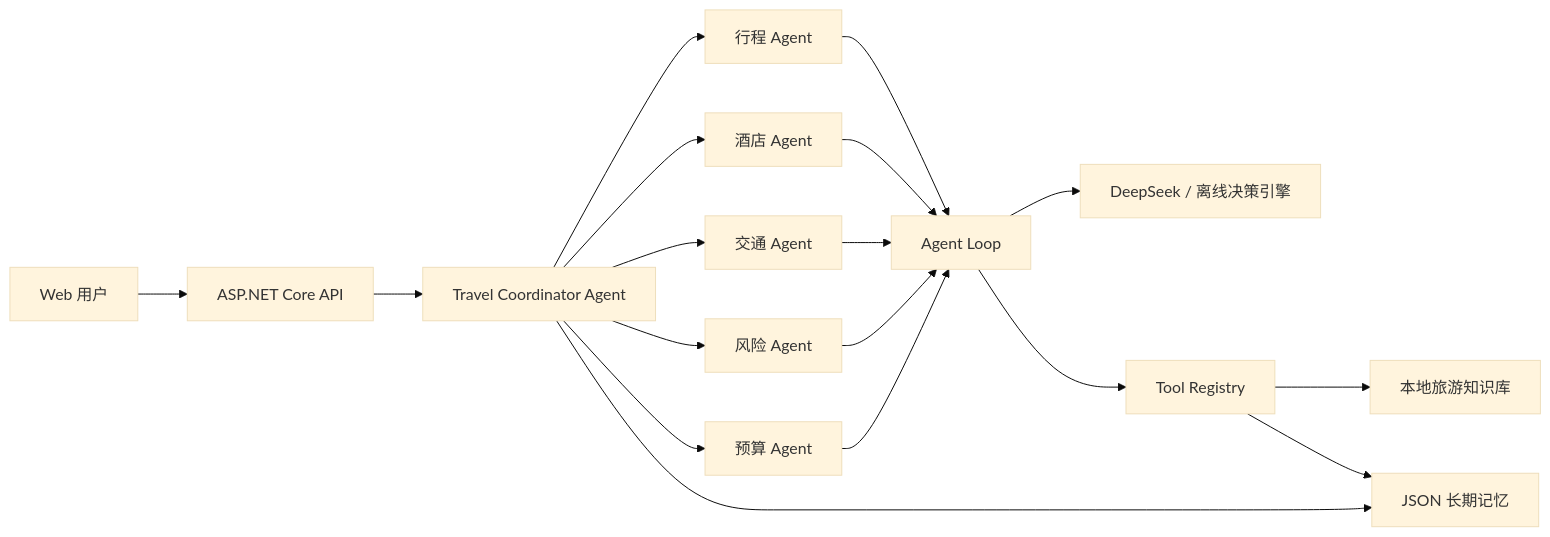
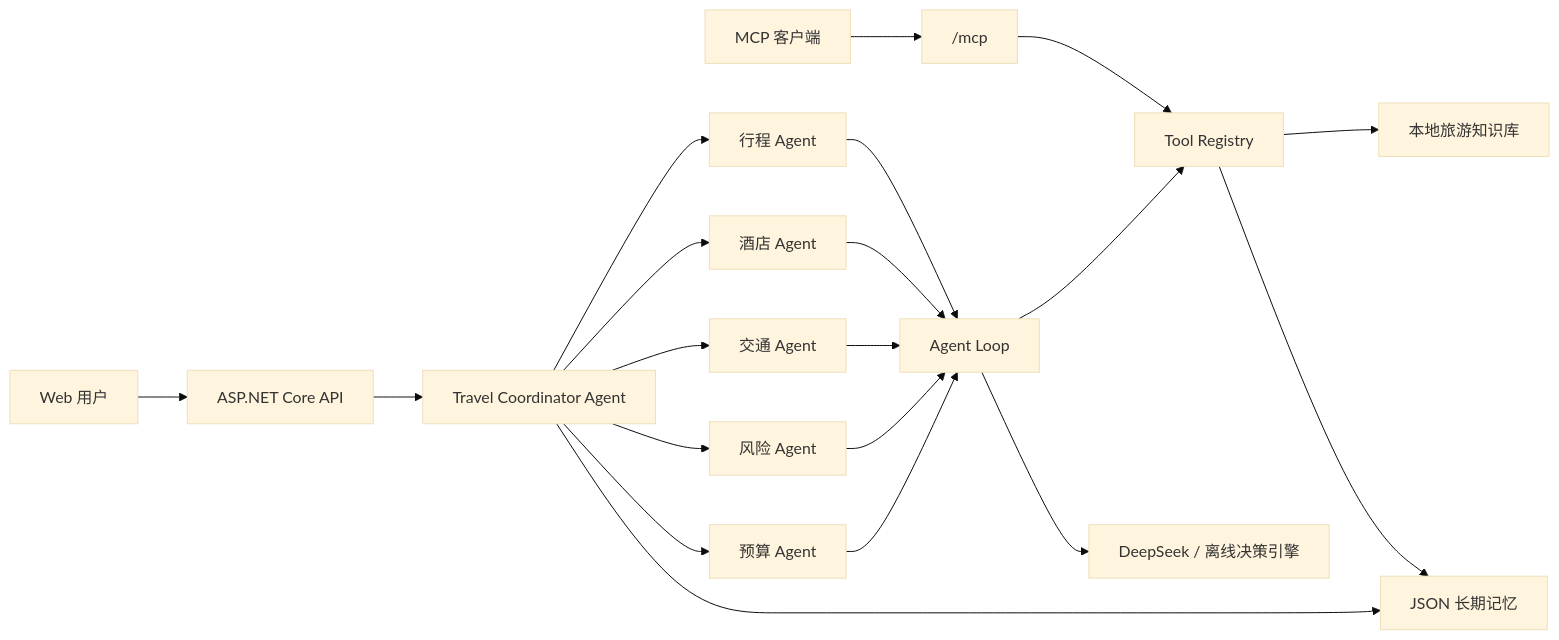
The diagram in README.md (traveler703/DotNetAgentDev), drawn with Mermaid (base theme) before and after one commit. The commit also changed other lines of this file and 25 other files, not shown here.

````diff
--- a/README.md
+++ b/README.md
@@ -90,20 +93,22 @@
 ```mermaid
 flowchart LR
     U["Web 用户"] --> API["ASP.NET Core API"]
+    M["MCP 客户端"] --> MCP["/mcp"]
     API --> C["Travel Coordinator Agent"]
+    MCP --> REG
     C --> I["行程 Agent"]
     C --> H["酒店 Agent"]
     C --> T["交通 Agent"]
     C --> R["风险 Agent"]
     I --> L["Agent Loop"]
     H --> L
     T --> L
     R --> L
     C --> B["预算 Agent"]
     B --> L
     L --> DS["DeepSeek / 离线决策引擎"]
     L --> REG["Tool Registry"]
     REG --> KB["本地旅游知识库"]
     REG --> MEM["JSON 长期记忆"]
     C --> MEM
 ```
````
